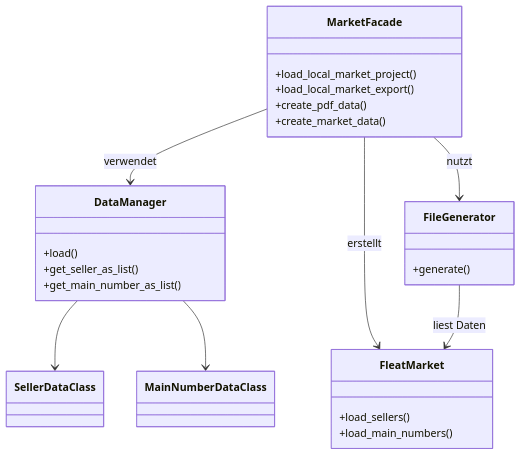
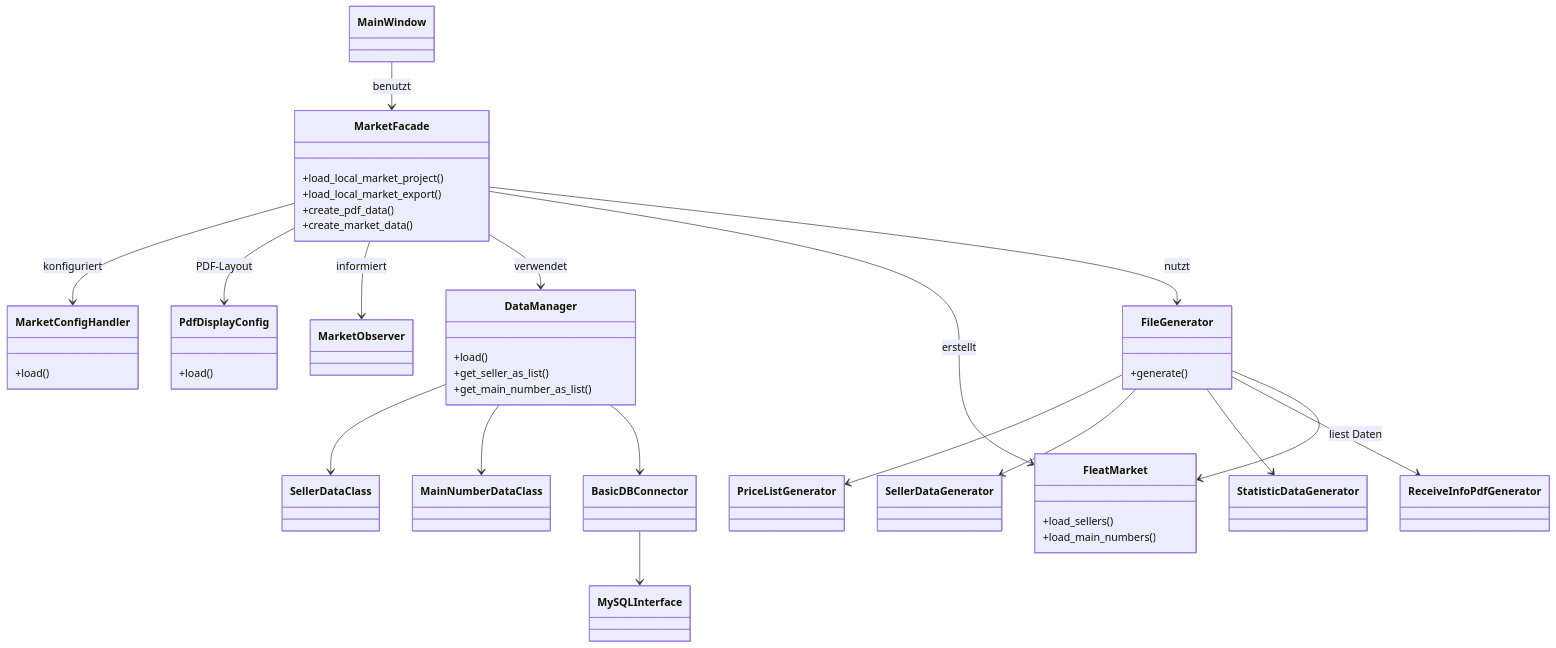
Before and after one commit to CodeName-666/VDataParser: the diagram in architecture/architecture_class_diagram.md, drawn with Mermaid. The commit also changed other lines of this file and 3 other files, not shown here.

Commit message:
feat(docs): expand architecture diagrams

````diff
--- a/architecture/architecture_class_diagram.md
+++ b/architecture/architecture_class_diagram.md
@@ -3,27 +9,51 @@
 ```mermaid
 classDiagram
     class MarketFacade {
         +load_local_market_project()
         +load_local_market_export()
         +create_pdf_data()
         +create_market_data()
     }
+    class MarketConfigHandler {
+        +load()
+    }
+    class PdfDisplayConfig {
+        +load()
+    }
+    class MarketObserver
     class DataManager {
         +load()
         +get_seller_as_list()
         +get_main_number_as_list()
     }
+    class BasicDBConnector
+    class MySQLInterface
     class FileGenerator {
         +generate()
     }
+    class PriceListGenerator
+    class SellerDataGenerator
+    class StatisticDataGenerator
+    class ReceiveInfoPdfGenerator
     class FleatMarket {
         +load_sellers()
         +load_main_numbers()
     }
+    class MainWindow
+    MarketFacade --> MarketConfigHandler : konfiguriert
+    MarketFacade --> PdfDisplayConfig : PDF-Layout
+    MarketFacade --> MarketObserver : informiert
     MarketFacade --> DataManager : verwendet
     MarketFacade --> FleatMarket : erstellt
     MarketFacade --> FileGenerator : nutzt
+    FileGenerator --> PriceListGenerator
+    FileGenerator --> SellerDataGenerator
+    FileGenerator --> StatisticDataGenerator
+    FileGenerator --> ReceiveInfoPdfGenerator
     FileGenerator --> FleatMarket : liest Daten
     DataManager --> SellerDataClass
     DataManager --> MainNumberDataClass
+    DataManager --> BasicDBConnector
+    BasicDBConnector --> MySQLInterface
+    MainWindow --> MarketFacade : benutzt
 ```
````
